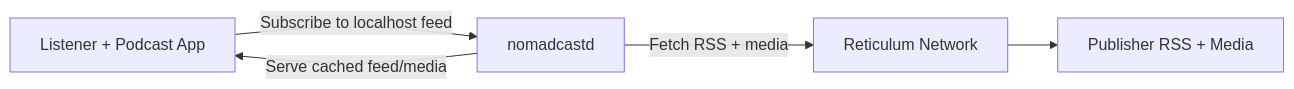
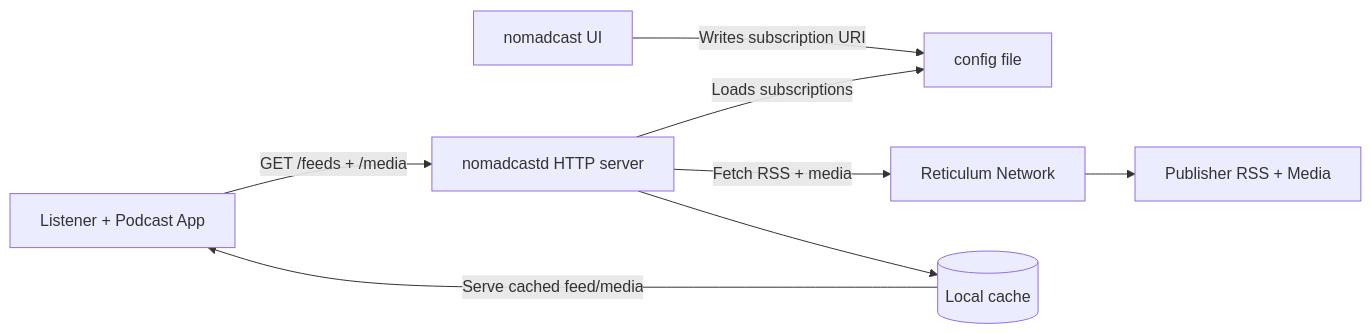
The diagram in README.md (jamesdwilson/nomadcast), drawn with Mermaid before and after one commit. The commit also changed other lines of this file and 3 other files, not shown here.

````diff
--- a/README.md
+++ b/README.md
@@ -121,7 +122,10 @@
 ```mermaid
 flowchart LR
-  Listener[Listener + Podcast App] -->|Subscribe to localhost feed| NomadCast[nomadcastd]
-  NomadCast -->|Fetch RSS + media| Reticulum[Reticulum Network]
+  Listener[Listener + Podcast App] -->|GET /feeds + /media| Daemon[nomadcastd HTTP server]
+  UI[nomadcast UI] -->|Writes subscription URI| Config[config file]
+  Daemon -->|Loads subscriptions| Config
+  Daemon -->|Fetch RSS + media| Reticulum[Reticulum Network]
   Reticulum --> Publisher[Publisher RSS + Media]
-  NomadCast -->|Serve cached feed/media| Listener
+  Daemon --> Cache[(Local cache)]
+  Cache -->|Serve cached feed/media| Listener
 ```
````
